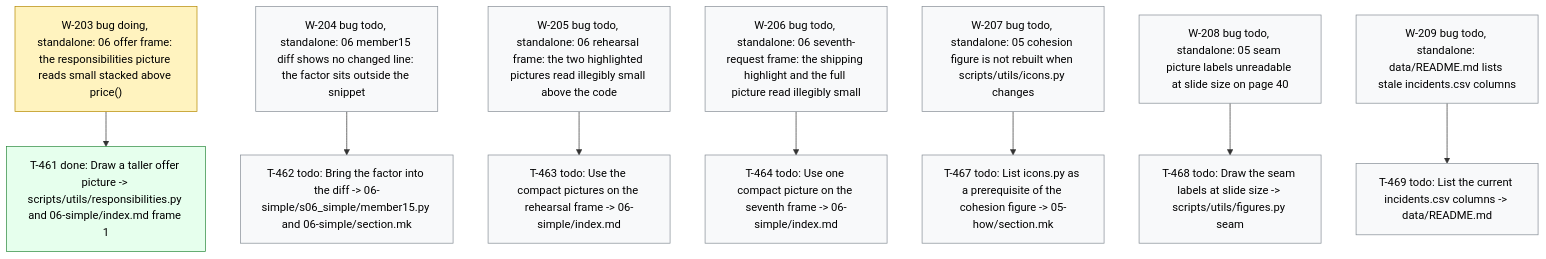
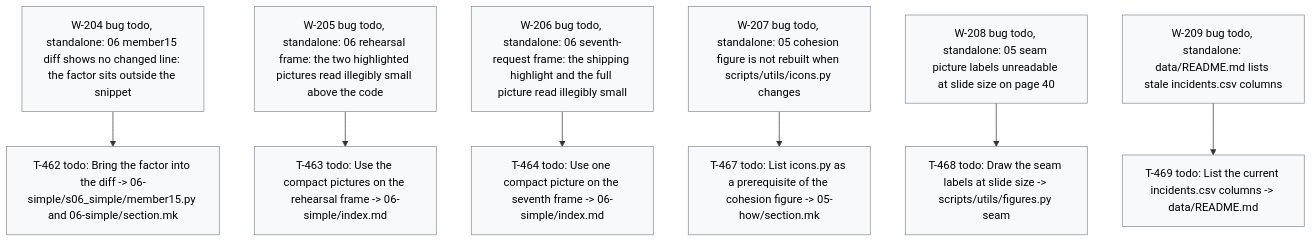
The diagram in .board/BOARD.md (dpopchev/chaos-to-simple), drawn with Mermaid before and after one commit. The commit also changed other lines of this file and 3 other files, not shown here.

````diff
--- a/.board/BOARD.md
+++ b/.board/BOARD.md
@@ -1202,25 +1207,21 @@
 ```mermaid
 flowchart TD
-  W203["W-203 bug doing, standalone: 06 offer frame: the responsibilities picture reads small stacked above price()"]
-  W203 --> T461["T-461 done: Draw a taller offer picture -> scripts/utils/responsibilities.py and 06-simple/index.md frame 1"]
   W204["W-204 bug todo, standalone: 06 member15 diff shows no changed line: the factor sits outside the snippet"]
   W204 --> T462["T-462 todo: Bring the factor into the diff -> 06-simple/s06_simple/member15.py and 06-simple/section.mk"]
   W205["W-205 bug todo, standalone: 06 rehearsal frame: the two highlighted pictures read illegibly small above the code"]
   W205 --> T463["T-463 todo: Use the compact pictures on the rehearsal frame -> 06-simple/index.md"]
   W206["W-206 bug todo, standalone: 06 seventh-request frame: the shipping highlight and the full picture read illegibly small"]
   W206 --> T464["T-464 todo: Use one compact picture on the seventh frame -> 06-simple/index.md"]
   W207["W-207 bug todo, standalone: 05 cohesion figure is not rebuilt when scripts/utils/icons.py changes"]
   W207 --> T467["T-467 todo: List icons.py as a prerequisite of the cohesion figure -> 05-how/section.mk"]
   W208["W-208 bug todo, standalone: 05 seam picture labels unreadable at slide size on page 40"]
   W208 --> T468["T-468 todo: Draw the seam labels at slide size -> scripts/utils/figures.py seam"]
   W209["W-209 bug todo, standalone: data/README.md lists stale incidents.csv columns"]
   W209 --> T469["T-469 todo: List the current incidents.csv columns -> data/README.md"]
   classDef doing fill:#fff3bf,stroke:#b58900,color:#000;
   classDef blocked fill:#ffe3e3,stroke:#c92a2a,color:#000;
   classDef done fill:#e6ffed,stroke:#2b8a3e,color:#000;
   classDef todo fill:#f8f9fa,stroke:#868e96,color:#000;
   classDef pruned fill:#f1f3f5,stroke:#adb5bd,color:#000;
-  class W203 doing
-  class T461 done
   class W204,T462,W205,T463,W206,T464,W207,T467,W208,T468,W209,T469 todo
 ```
````
